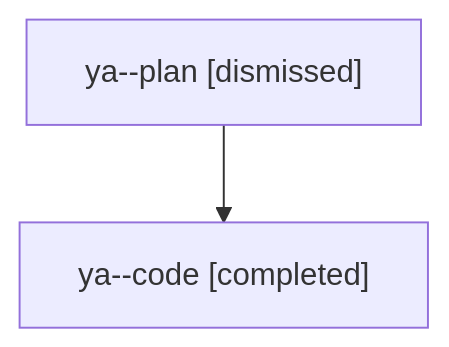
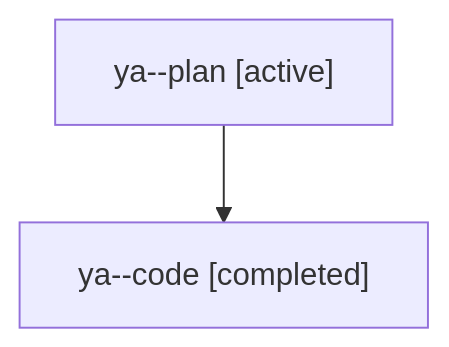
The diagram in families/bbugyi200.athena.ya.md (sase-org/sase--agents), drawn with Mermaid before and after one commit. The commit also changed other lines of this file and 35830 other files, not shown here.

````diff
--- a/families/bbugyi200.athena.ya.md
+++ b/families/bbugyi200.athena.ya.md
@@ -9,6 +9,6 @@
 ```mermaid
 flowchart TD
-  n0["ya--plan [dismissed]"]
+  n0["ya--plan [active]"]
   n1["ya--code [completed]"]
   n0 --> n1
 ```
````
